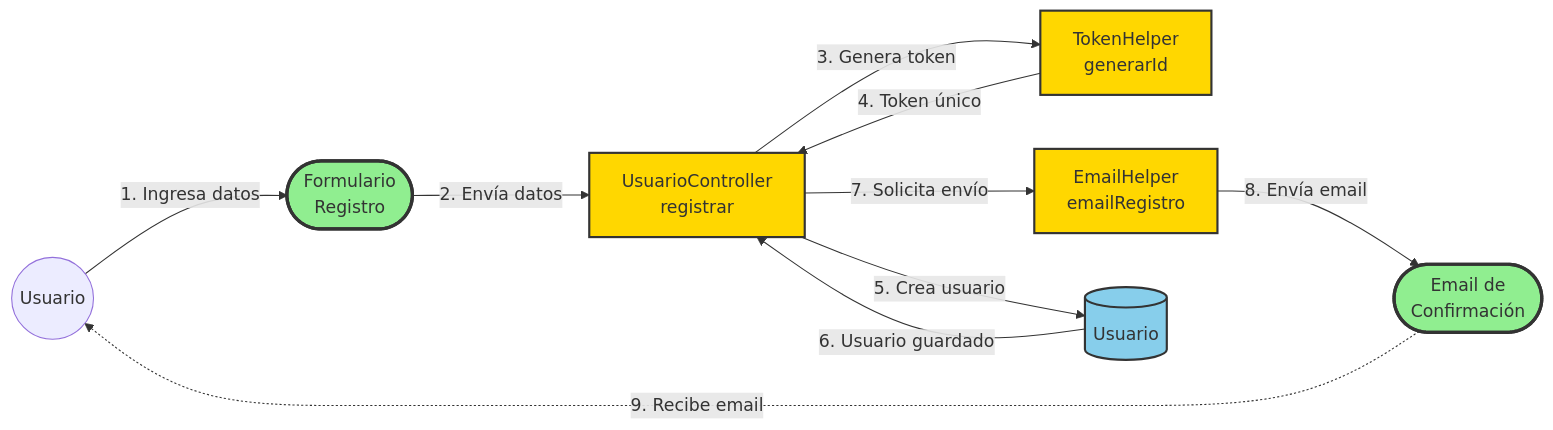
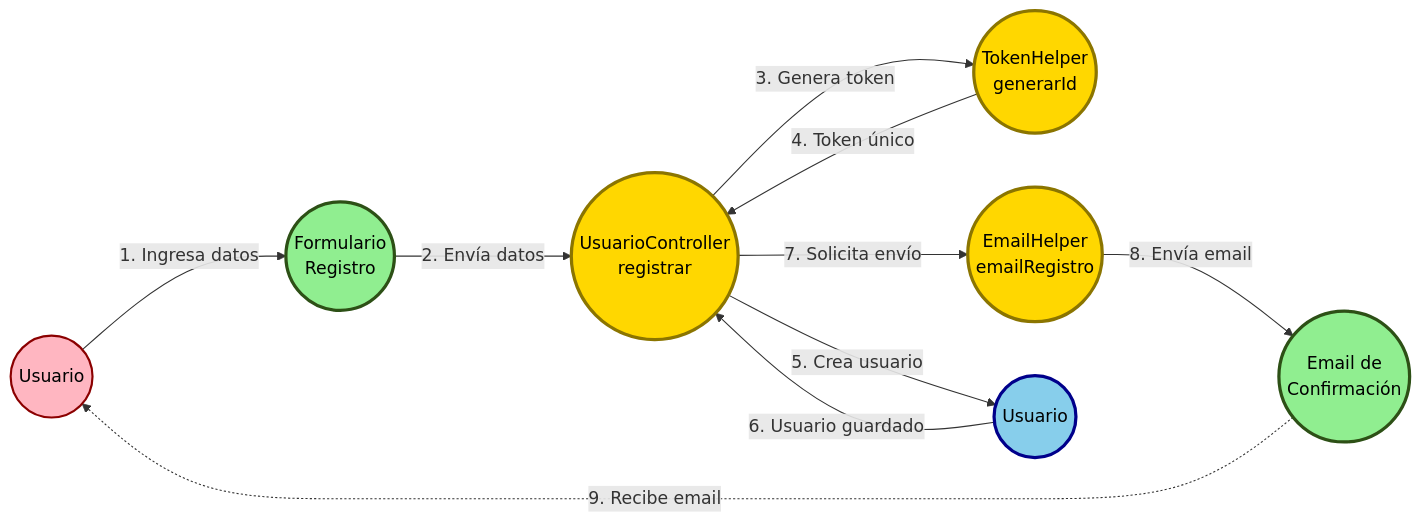
The first of 8 diagrams in diagrama-robustez.md (cgala/TFI_HybridParking), drawn with Mermaid before and after one commit. The commit also changed other lines of this file and 1 other file, not shown here.

First line of the commit message:
Refactor: Diagramas de robustez con elementos redondos y diseño horizontal

````diff
--- a/diagrama-robustez.md
+++ b/diagrama-robustez.md
@@ -24,34 +24,36 @@
 ```mermaid
 graph LR
     Actor((Usuario))
 
-    %% Boundaries
-    FormRegistro([Formulario<br/>Registro])
-    EmailConf([Email de<br/>Confirmación])
+    %% Boundaries - Círculos verdes
+    FormRegistro((Formulario<br/>Registro))
+    EmailConf((Email de<br/>Confirmación))
 
-    %% Controls
-    RegistrarCtrl[UsuarioController<br/>registrar]
-    TokenCtrl[TokenHelper<br/>generarId]
-    EmailCtrl[EmailHelper<br/>emailRegistro]
+    %% Controls - Círculos amarillos
+    RegistrarCtrl((UsuarioController<br/>registrar))
+    TokenCtrl((TokenHelper<br/>generarId))
+    EmailCtrl((EmailHelper<br/>emailRegistro))
 
-    %% Entities
-    UsuarioEnt[(Usuario)]
+    %% Entities - Círculos azules
+    UsuarioEnt((Usuario))
 
     Actor -->|1. Ingresa datos| FormRegistro
     FormRegistro -->|2. Envía datos| RegistrarCtrl
     RegistrarCtrl -->|3. Genera token| TokenCtrl
     TokenCtrl -->|4. Token único| RegistrarCtrl
     RegistrarCtrl -->|5. Crea usuario| UsuarioEnt
     UsuarioEnt -->|6. Usuario guardado| RegistrarCtrl
     RegistrarCtrl -->|7. Solicita envío| EmailCtrl
     EmailCtrl -->|8. Envía email| EmailConf
     EmailConf -.->|9. Recibe email| Actor
 
-    classDef boundary fill:#90EE90,stroke:#333,stroke-width:3px
-    classDef control fill:#FFD700,stroke:#333,stroke-width:2px
-    classDef entity fill:#87CEEB,stroke:#333,stroke-width:2px
+    classDef boundary fill:#90EE90,stroke:#2d5016,stroke-width:3px,color:#000
+    classDef control fill:#FFD700,stroke:#8B7500,stroke-width:3px,color:#000
+    classDef entity fill:#87CEEB,stroke:#00008B,stroke-width:3px,color:#000
+    classDef actor fill:#FFB6C1,stroke:#8B0000,stroke-width:2px,color:#000
 
     class FormRegistro,EmailConf boundary
     class RegistrarCtrl,TokenCtrl,EmailCtrl control
     class UsuarioEnt entity
+    class Actor actor
 ```
````
